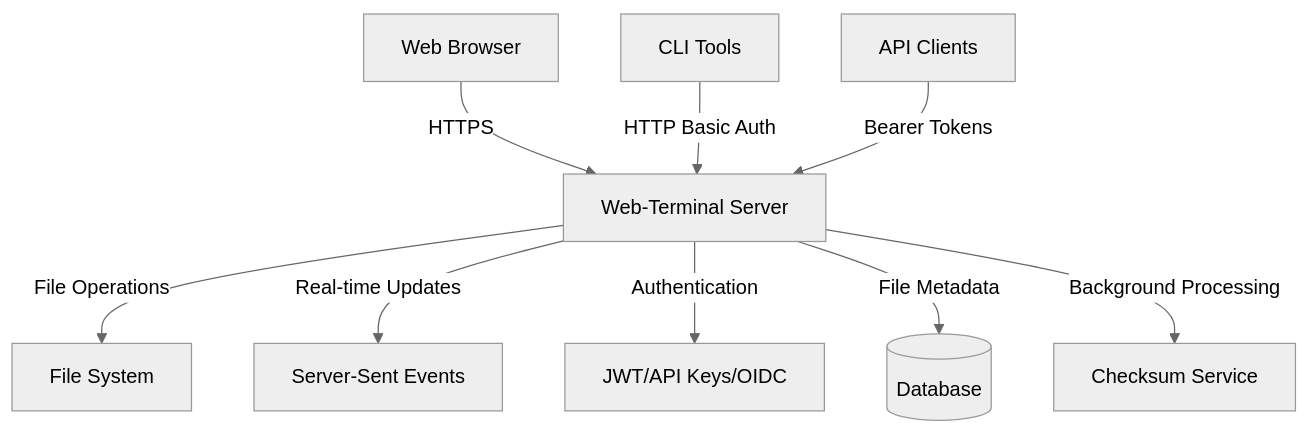
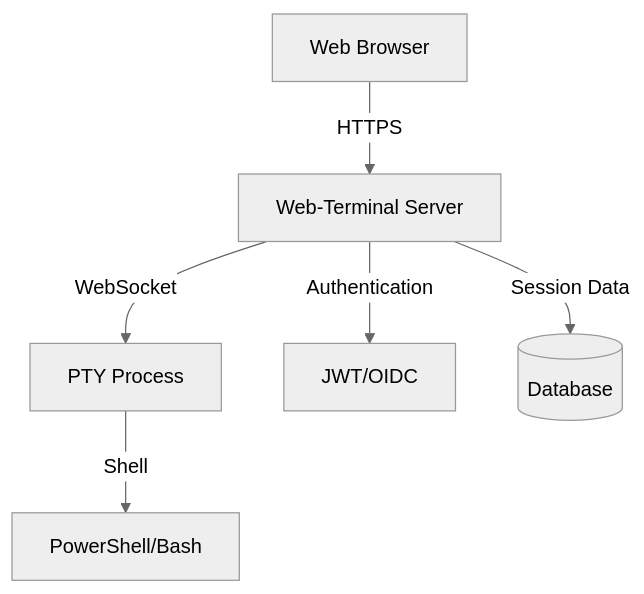
The diagram in docs/index.md (STARTcloud/web-terminal), drawn with Mermaid (neutral theme) before and after one commit. The commit also changed other lines of this file and 20 other files, not shown here.

````diff
--- a/docs/index.md
+++ b/docs/index.md
@@ -35,11 +37,8 @@
 ```mermaid
 graph TD
     A[Web Browser] -->|HTTPS| B[Web-Terminal Server]
-    C[CLI Tools] -->|HTTP Basic Auth| B
-    D[API Clients] -->|Bearer Tokens| B
-    B -->|File Operations| E[File System]
-    B -->|Real-time Updates| F[Server-Sent Events]
-    B -->|Authentication| G[JWT/API Keys/OIDC]
-    B -->|File Metadata| H[(Database)]
-    B -->|Background Processing| I[Checksum Service]
+    B -->|WebSocket| C[PTY Process]
+    C -->|Shell| D[PowerShell/Bash]
+    B -->|Authentication| E[JWT/OIDC]
+    B -->|Session Data| F[(Database)]
 ```
````
